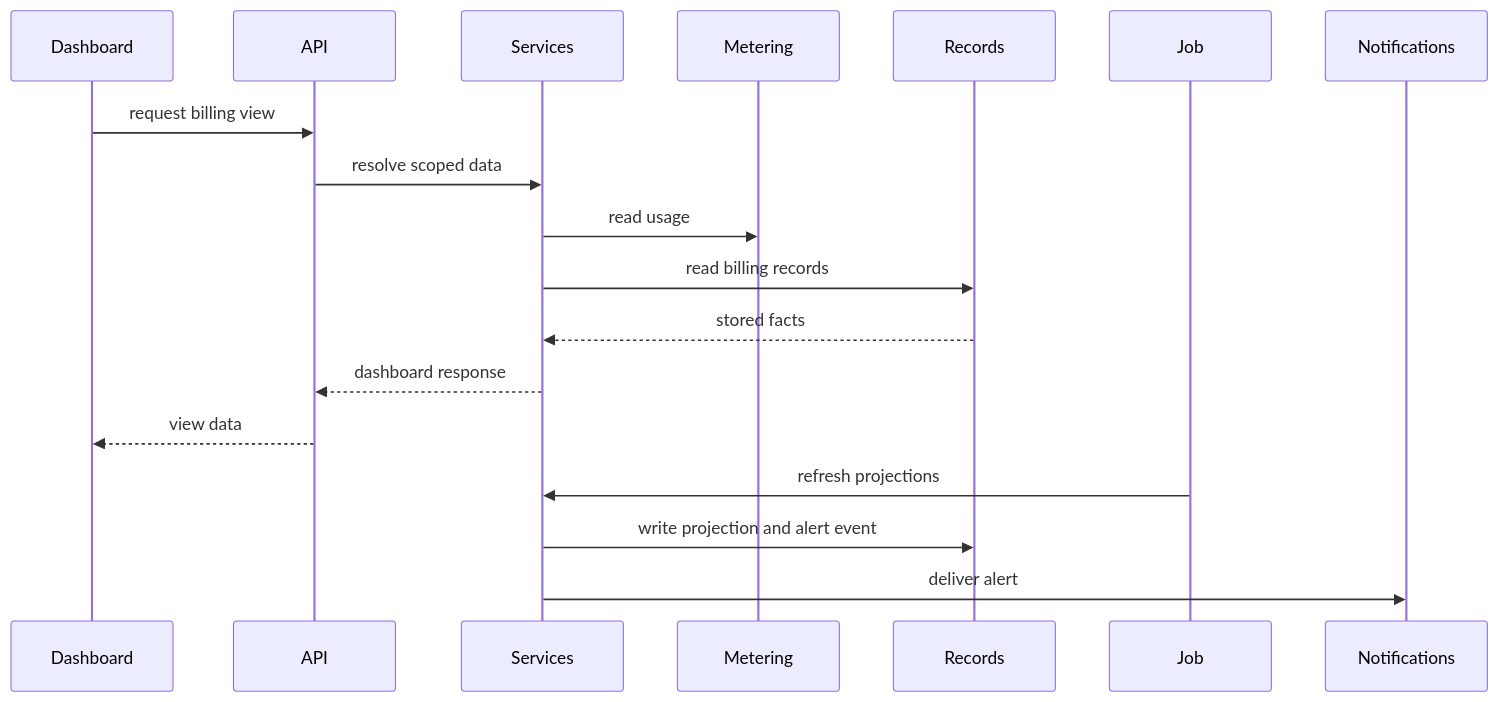
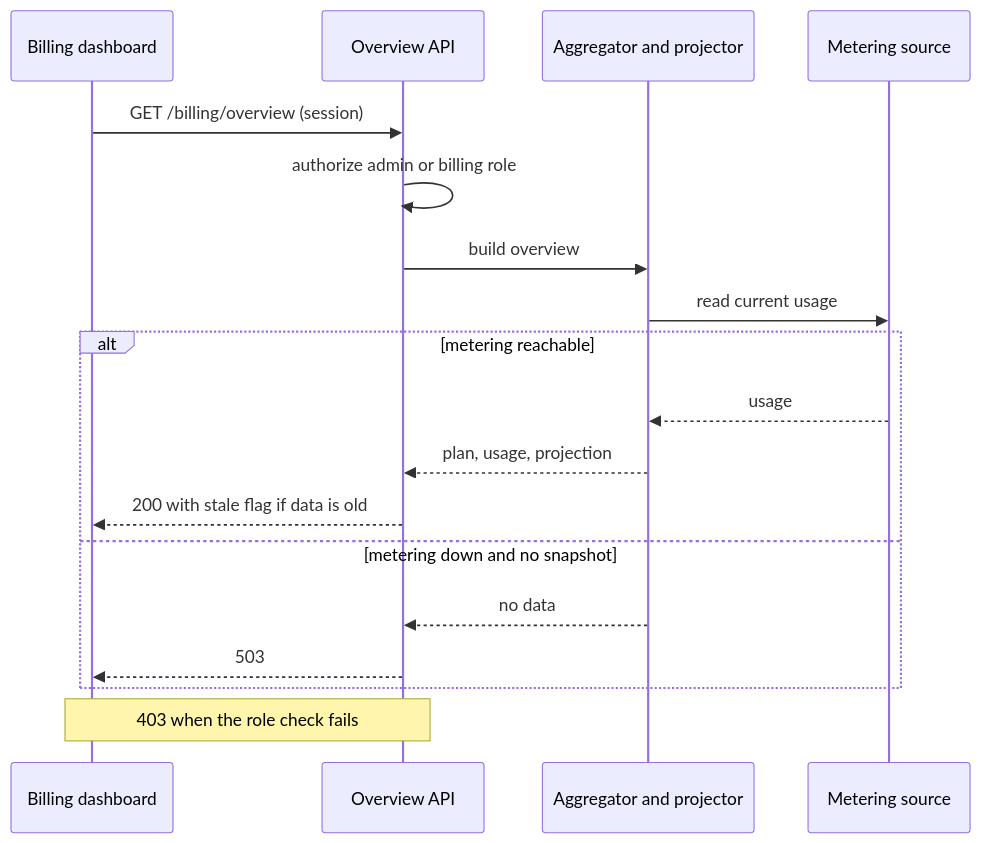
The fourth of 5 diagrams in examples/specs/002-billing-usage-dashboard/product/30-design.md (d0whc3r/spec-kit-product), drawn with Mermaid before and after one commit. The commit also changed other lines of this file and 4 other files, not shown here.

First line of the commit message:
Refactor Self-Serve Billing Usage Dashboard Documentation

````diff
--- a/examples/specs/002-billing-usage-dashboard/product/30-design.md
+++ b/examples/specs/002-billing-usage-dashboard/product/30-design.md
@@ -279,20 +249,20 @@
 ```mermaid
 sequenceDiagram
-    participant Dashboard
-    participant API
-    participant Services
-    participant Metering
-    participant Records
-    participant Job
-    participant Notifications
-    Dashboard->>API: request billing view
-    API->>Services: resolve scoped data
-    Services->>Metering: read usage
-    Services->>Records: read billing records
-    Records-->>Services: stored facts
-    Services-->>API: dashboard response
-    API-->>Dashboard: view data
-    Job->>Services: refresh projections
-    Services->>Records: write projection and alert event
-    Services->>Notifications: deliver alert
+    participant Client as Billing dashboard
+    participant API as Overview API
+    participant Svc as Aggregator and projector
+    participant Metering as Metering source
+    Client->>API: GET /billing/overview (session)
+    API->>API: authorize admin or billing role
+    API->>Svc: build overview
+    Svc->>Metering: read current usage
+    alt metering reachable
+        Metering-->>Svc: usage
+        Svc-->>API: plan, usage, projection
+        API-->>Client: 200 with stale flag if data is old
+    else metering down and no snapshot
+        Svc-->>API: no data
+        API-->>Client: 503
+    end
+    Note over API,Client: 403 when the role check fails
 ```
````
